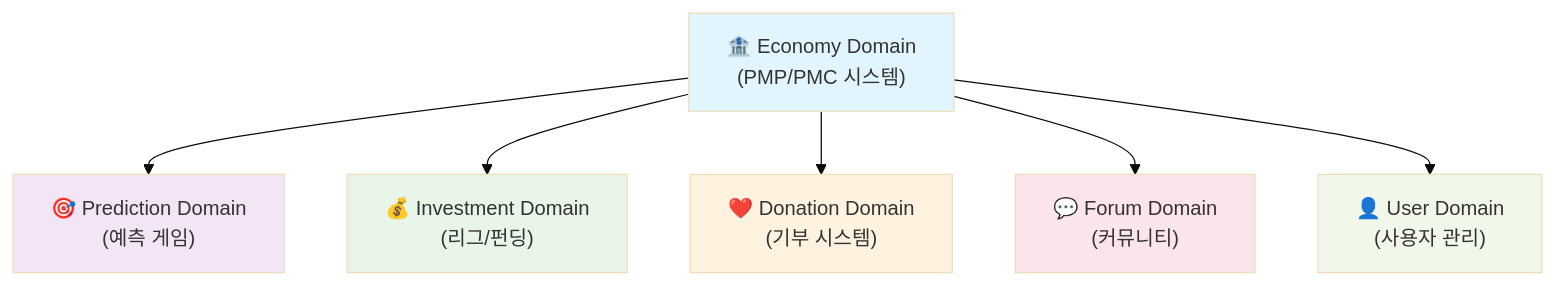
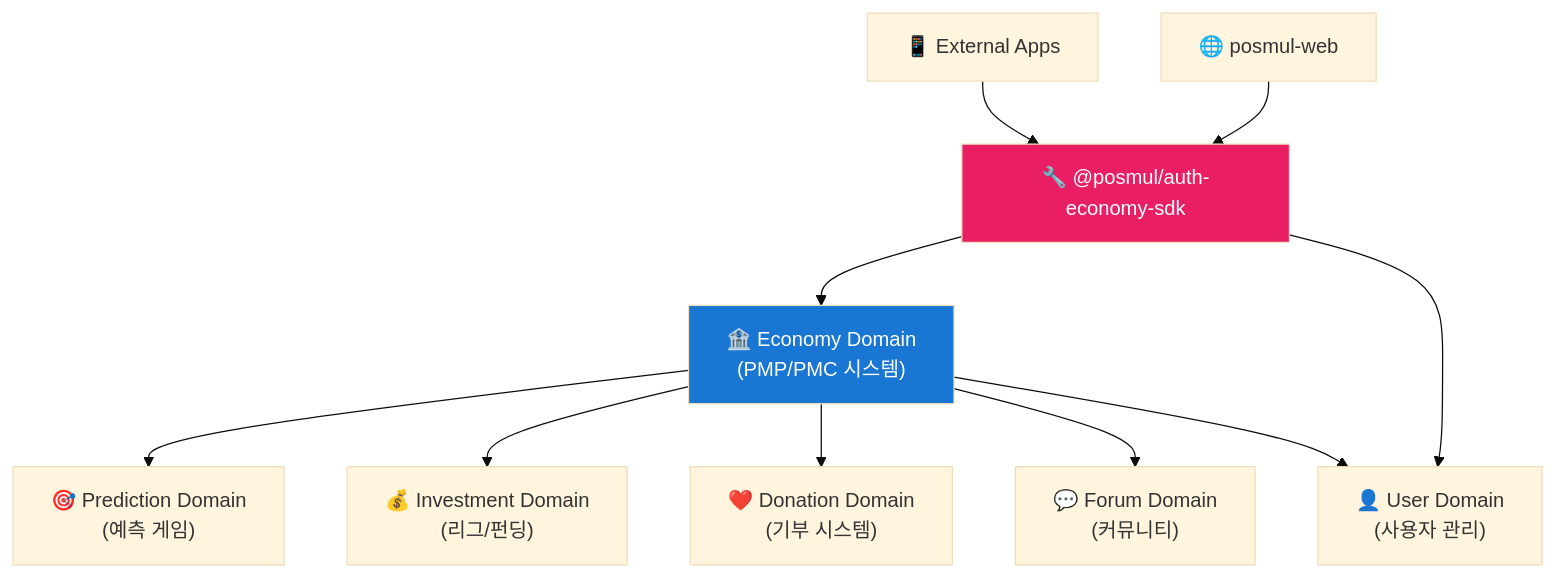
The fourth of 9 diagrams in README.md (positivemultiplier/posmul), drawn with Mermaid (base theme) before and after one commit. The commit also changed other lines of this file and 697 other files, not shown here.

````diff
--- a/README.md
+++ b/README.md
@@ -98,15 +388,17 @@
 ```mermaid
 graph TD
     A["🏦 Economy Domain<br/>(PMP/PMC 시스템)"] --> B["🎯 Prediction Domain<br/>(예측 게임)"]
     A --> C["💰 Investment Domain<br/>(리그/펀딩)"]
     A --> D["❤️ Donation Domain<br/>(기부 시스템)"]
     A --> E["💬 Forum Domain<br/>(커뮤니티)"]
     A --> F["👤 User Domain<br/>(사용자 관리)"]
-    
-    style A fill:#e1f5fe
-    style B fill:#f3e5f5
-    style C fill:#e8f5e8
-    style D fill:#fff3e0
-    style E fill:#fce4ec
-    style F fill:#f1f8e9
+
+    G["🔧 @posmul/auth-economy-sdk"] --> A
+    G --> F
+
+    H["📱 External Apps"] --> G
+    I["🌐 posmul-web"] --> G
+
+    style G fill:#e91e63,color:#fff
+    style A fill:#1976d2,color:#fff
 ```
````
